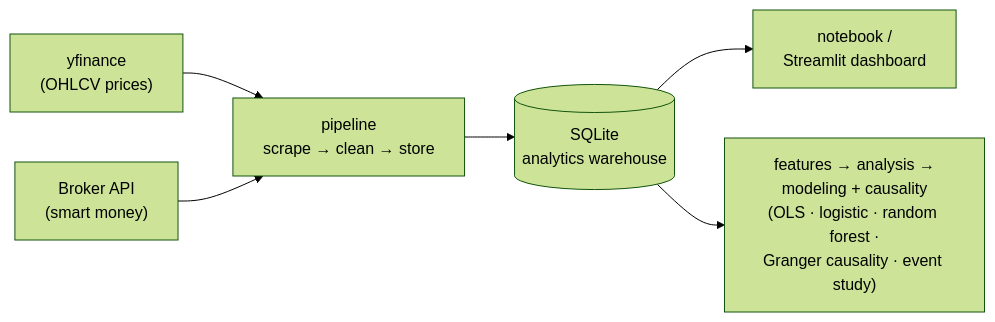
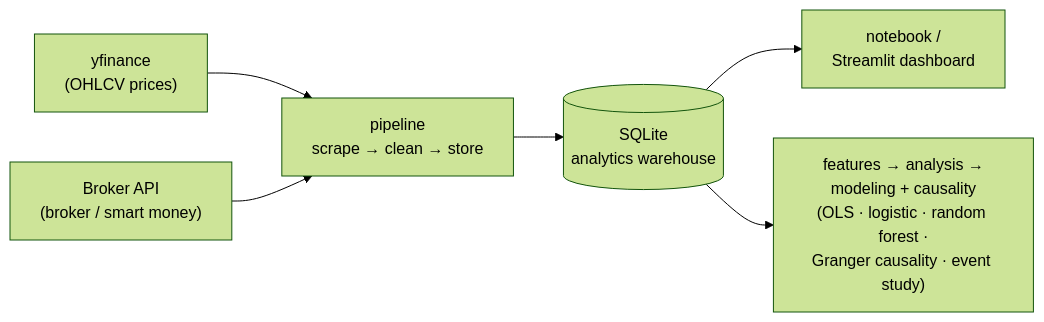
One commit to IgnatiusHarry/idx-bandarmology changed the diagram in README.md. Above: the diagram before and after it, drawn with Mermaid (forest theme). The commit also changed other lines of this file and 4 other files, not shown here.

Commit message:
Add origin story + BREN headline case (strongest validated signal), reorder cases BREN→BULL→BBCA, sync dashboard app.py & broker_api.py

````diff
--- a/README.md
+++ b/README.md
@@ -36,8 +51,8 @@
 ```mermaid
 flowchart LR
     yf["yfinance<br/>(OHLCV prices)"] --> pipe
-    broker["Broker API<br/>(smart money)"] --> pipe
+    broker["Broker API<br/>(broker / smart money)"] --> pipe
     pipe["pipeline<br/>scrape → clean → store"] --> db[("SQLite<br/>analytics warehouse")]
     db --> consume["notebook /<br/>Streamlit dashboard"]
     db --> model["features → analysis →<br/>modeling + causality<br/>(OLS · logistic · random forest ·<br/>Granger causality · event study)"]
 ```
````
